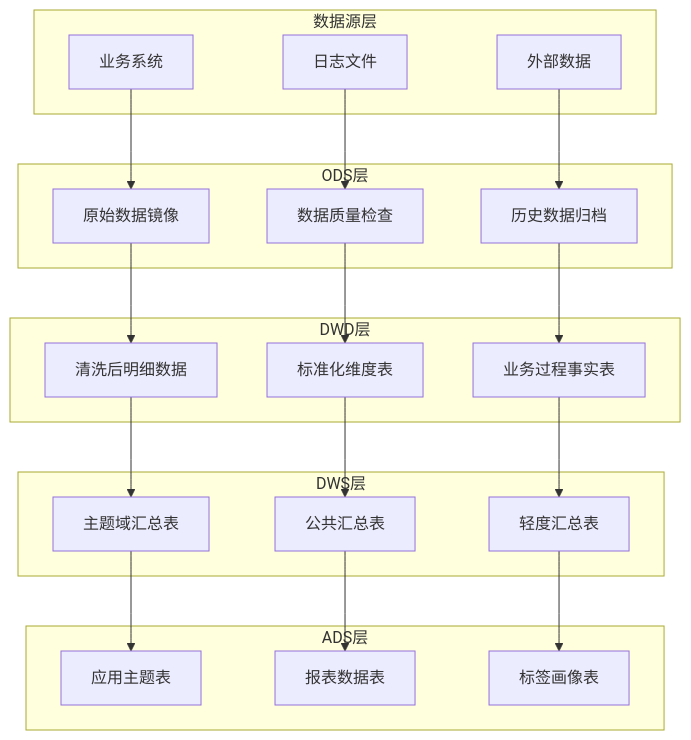
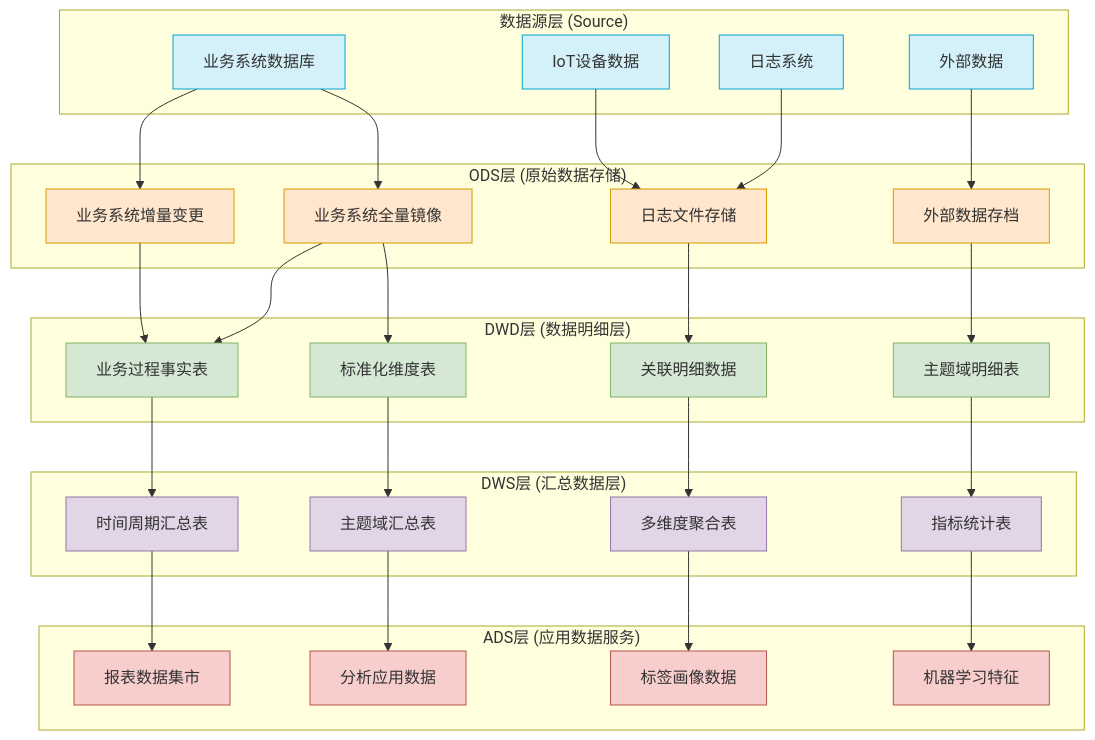
Before and after one commit to ralph-wren/TechStack-Handbook: diagram 34 of 38 in 25.数据仓库.md, drawn with Mermaid. The commit also changed other lines of this file and 1 other file, not shown here.

````diff
--- a/25.数据仓库.md
+++ b/25.数据仓库.md
@@ -3614,48 +6733,84 @@
 ```mermaid
 graph TB
-    subgraph "数据源层"
-        A1[业务系统]
-        A2[日志文件]
+    subgraph "数据源层 (Source)"
+        A1[业务系统数据库]
+        A2[日志系统]
         A3[外部数据]
+        A4[IoT设备数据]
     end
     
-    subgraph "ODS层"
-        B1[原始数据镜像]
-        B2[数据质量检查]
-        B3[历史数据归档]
+    subgraph "ODS层 (原始数据存储)"
+        B1[业务系统全量镜像]
+        B2[业务系统增量变更]
+        B3[日志文件存储]
+        B4[外部数据存档]
     end
     
-    subgraph "DWD层"
-        C1[清洗后明细数据]
+    subgraph "DWD层 (数据明细层)"
+        C1[业务过程事实表]
         C2[标准化维度表]
-        C3[业务过程事实表]
+        C3[关联明细数据]
+        C4[主题域明细表]
     end
     
-    subgraph "DWS层"
-        D1[主题域汇总表]
-        D2[公共汇总表]
-        D3[轻度汇总表]
+    subgraph "DWS层 (汇总数据层)"
+        D1[时间周期汇总表]
+        D2[主题域汇总表]
+        D3[多维度聚合表]
+        D4[指标统计表]
     end
     
-    subgraph "ADS层"
-        E1[应用主题表]
-        E2[报表数据表]
-        E3[标签画像表]
+    subgraph "ADS层 (应用数据服务)"
+        E1[报表数据集市]
+        E2[分析应用数据]
+        E3[标签画像数据]
+        E4[机器学习特征]
     end
     
     A1 --> B1
-    A2 --> B2
-    A3 --> B3
+    A1 --> B2
+    A2 --> B3
+    A3 --> B4
+    A4 --> B3
     
     B1 --> C1
-    B2 --> C2
+    B2 --> C1
     B3 --> C3
+    B4 --> C4
+    B1 --> C2
     
     C1 --> D1
     C2 --> D2
     C3 --> D3
+    C4 --> D4
     
     D1 --> E1
     D2 --> E2
     D3 --> E3
+    D4 --> E4
+    
+    style A1 fill:#d4f1f9,stroke:#05a4d1
+    style A2 fill:#d4f1f9,stroke:#05a4d1
+    style A3 fill:#d4f1f9,stroke:#05a4d1
+    style A4 fill:#d4f1f9,stroke:#05a4d1
+    
+    style B1 fill:#ffe6cc,stroke:#d79b00
+    style B2 fill:#ffe6cc,stroke:#d79b00
+    style B3 fill:#ffe6cc,stroke:#d79b00
+    style B4 fill:#ffe6cc,stroke:#d79b00
+    
+    style C1 fill:#d5e8d4,stroke:#82b366
+    style C2 fill:#d5e8d4,stroke:#82b366
+    style C3 fill:#d5e8d4,stroke:#82b366
+    style C4 fill:#d5e8d4,stroke:#82b366
+    
+    style D1 fill:#e1d5e7,stroke:#9673a6
+    style D2 fill:#e1d5e7,stroke:#9673a6
+    style D3 fill:#e1d5e7,stroke:#9673a6
+    style D4 fill:#e1d5e7,stroke:#9673a6
+    
+    style E1 fill:#f8cecc,stroke:#b85450
+    style E2 fill:#f8cecc,stroke:#b85450
+    style E3 fill:#f8cecc,stroke:#b85450
+    style E4 fill:#f8cecc,stroke:#b85450
 ```
````
